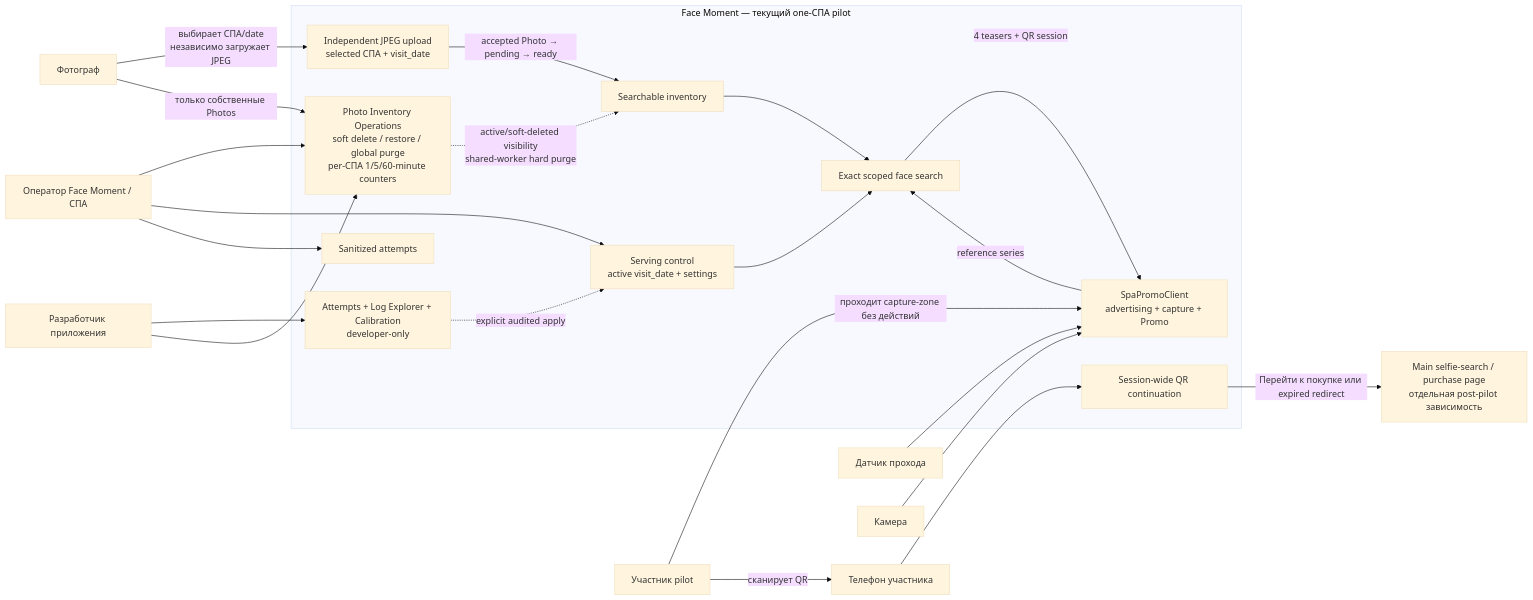
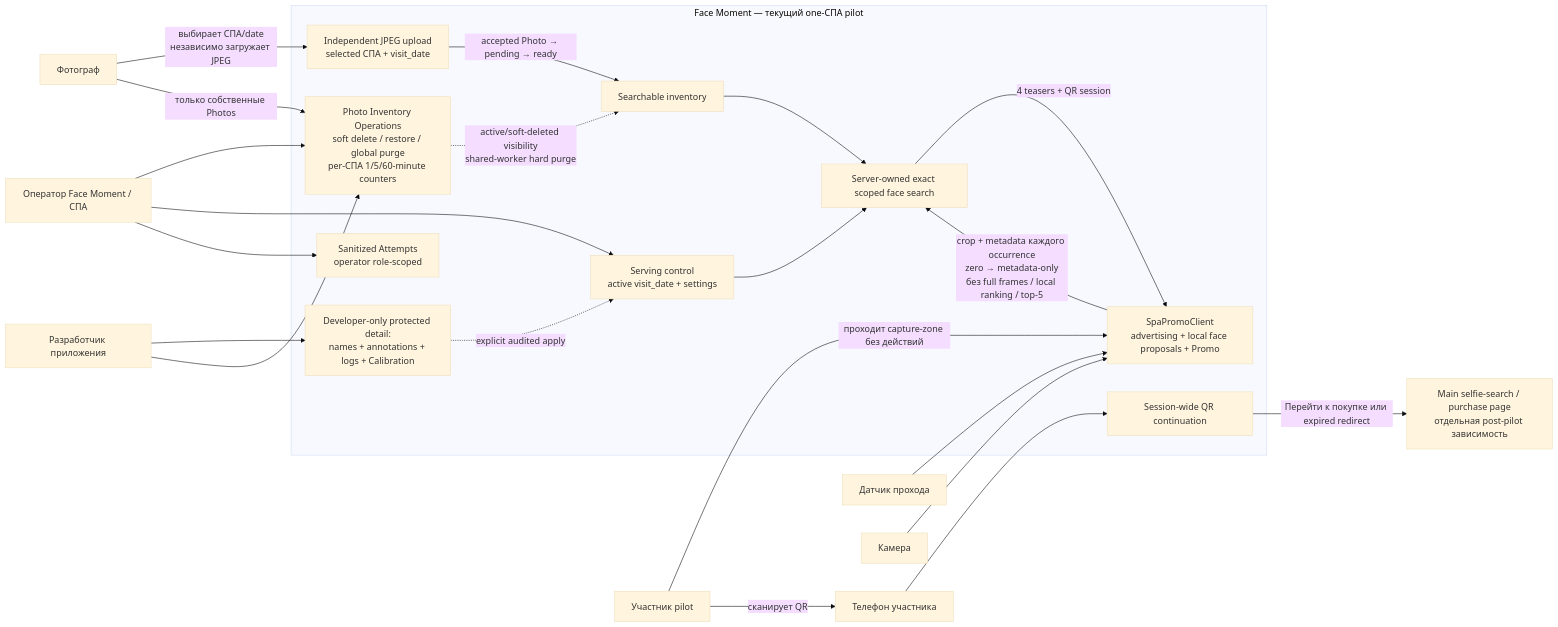
One commit to nicelight/face_moment changed the diagram in mermaids/01-product-context.md. Above: the diagram before and after it, drawn with Mermaid (base theme). The commit also changed other lines of this file and 103 other files, not shown here.

````diff
--- a/mermaids/01-product-context.md
+++ b/mermaids/01-product-context.md
@@ -5,47 +5,47 @@
 ```mermaid
 flowchart LR
     photographer["Фотограф"]
     participant["Участник pilot"]
     operator["Оператор Face Moment / СПА"]
     developer["Разработчик приложения"]
     sensor["Датчик прохода"]
     camera["Камера"]
     phone["Телефон участника"]
     future["Main selfie-search / purchase page<br/>отдельная post-pilot зависимость"]
 
     subgraph fm["Face Moment — текущий one-СПА pilot"]
         upload["Independent JPEG upload<br/>selected СПА + visit_date"]
         inventory["Searchable inventory"]
         serving["Serving control<br/>active visit_date + settings"]
-        promo_client["SpaPromoClient<br/>advertising + capture + Promo"]
-        search["Exact scoped face search"]
+        promo_client["SpaPromoClient<br/>advertising + local face proposals + Promo"]
+        search["Server-owned exact scoped face search"]
         continuation["Session-wide QR continuation"]
         operations["Photo Inventory Operations<br/>soft delete / restore / global purge<br/>per-СПА 1/5/60-minute counters"]
-        attempt_view["Sanitized attempts"]
-        diagnostics["Attempts + Log Explorer + Calibration<br/>developer-only"]
+        attempt_view["Sanitized Attempts<br/>operator role-scoped"]
+        diagnostics["Developer-only protected detail:<br/>names + annotations + logs + Calibration"]
     end
 
     photographer -->|"выбирает СПА/date<br/>независимо загружает JPEG"| upload
     upload -->|"accepted Photo → pending → ready"| inventory
 
     sensor --> promo_client
     camera --> promo_client
     participant -->|"проходит capture-zone без действий"| promo_client
-    promo_client -->|"reference series"| search
+    promo_client -->|"crop + metadata каждого occurrence<br/>zero → metadata-only<br/>без full frames / local ranking / top-5"| search
     inventory --> search
     serving --> search
     search -->|"4 teasers + QR session"| promo_client
 
     participant -->|"сканирует QR"| phone
     phone --> continuation
     continuation -->|"Перейти к покупке или expired redirect"| future
 
     operator --> operations
     operator --> serving
     operator --> attempt_view
     photographer -->|"только собственные Photos"| operations
     developer --> diagnostics
     developer --> operations
     operations -.->|"active/soft-deleted visibility<br/>shared-worker hard purge"| inventory
     diagnostics -.->|"explicit audited apply"| serving
 ```
````
